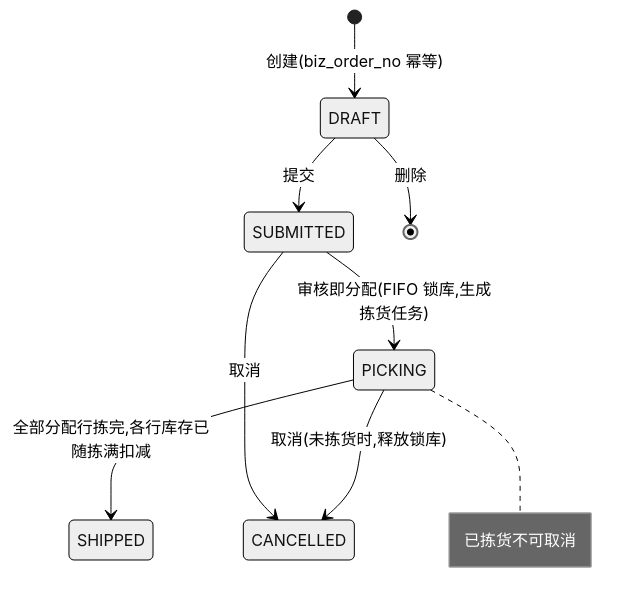
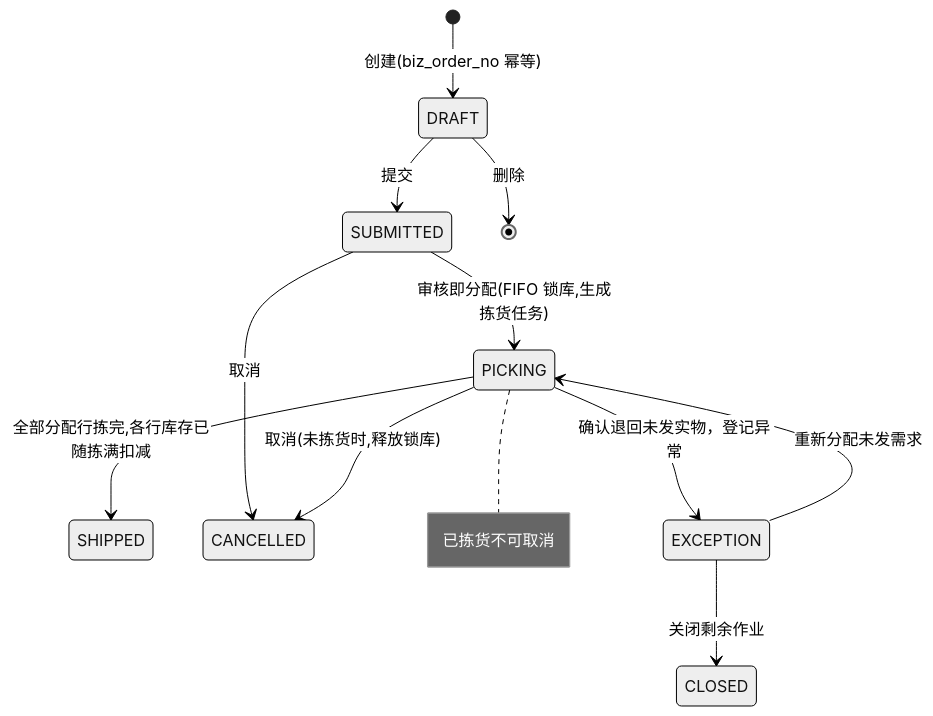
The second of 4 diagrams in docs/requirements.md (mengw-dev/go-wms), drawn with Mermaid (neutral theme) before and after one commit. The commit also changed other lines of this file and 82 other files, not shown here.

````diff
--- a/docs/requirements.md
+++ b/docs/requirements.md
@@ -166,11 +166,14 @@
 ```mermaid
 stateDiagram-v2
     [*] --> DRAFT: 创建(biz_order_no 幂等)
     DRAFT --> SUBMITTED: 提交
     SUBMITTED --> PICKING: 审核即分配(FIFO 锁库,生成拣货任务)
     PICKING --> SHIPPED: 全部分配行拣完,各行库存已随拣满扣减
     DRAFT --> [*]: 删除
     SUBMITTED --> CANCELLED: 取消
     PICKING --> CANCELLED: 取消(未拣货时,释放锁库)
+    PICKING --> EXCEPTION: 确认退回未发实物，登记异常
+    EXCEPTION --> PICKING: 重新分配未发需求
+    EXCEPTION --> CLOSED: 关闭剩余作业
     note right of PICKING: 已拣货不可取消
 ```
````
